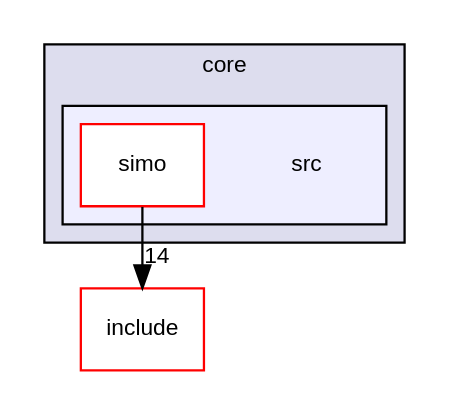
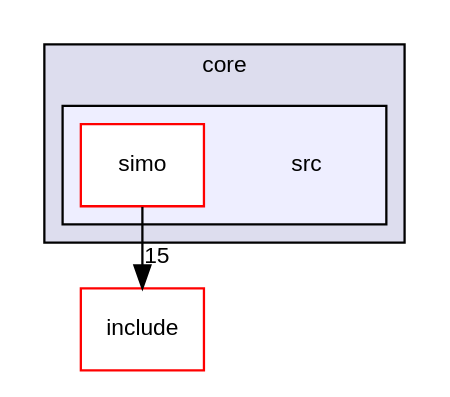
Before and after one commit to Germanvelardez2018/simo.v2: the diagram in docs/dir_90fd98a0ba30abf7a6068a44995d2d6b_dep.dot, drawn with Graphviz. The commit also changed 149 other files, not shown here.

```diff
--- a/docs/dir_90fd98a0ba30abf7a6068a44995d2d6b_dep.dot
+++ b/docs/dir_90fd98a0ba30abf7a6068a44995d2d6b_dep.dot
@@ -1,15 +1,15 @@
 digraph "core/src" {
   compound=true
   node [ fontsize="10", fontname="Helvetica"];
   edge [ labelfontsize="10", labelfontname="Helvetica"];
   subgraph clusterdir_4270bfced15e0e73154b13468c7c9ad9 {
     graph [ bgcolor="#ddddee", pencolor="black", label="core" fontname="Helvetica", fontsize="10", URL="dir_4270bfced15e0e73154b13468c7c9ad9.html"]
   subgraph clusterdir_90fd98a0ba30abf7a6068a44995d2d6b {
     graph [ bgcolor="#eeeeff", pencolor="black", label="" URL="dir_90fd98a0ba30abf7a6068a44995d2d6b.html"];
     dir_90fd98a0ba30abf7a6068a44995d2d6b [shape=plaintext label="src"];
     dir_c4acac0979fb7e09bcb67a660e699ac3 [shape=box label="simo" color="red" fillcolor="white" style="filled" URL="dir_c4acac0979fb7e09bcb67a660e699ac3.html"];
   }
   }
   dir_24d671cfcbc5d5238a6bd565a49d198f [shape=box label="include" fillcolor="white" style="filled" color="red" URL="dir_24d671cfcbc5d5238a6bd565a49d198f.html"];
-  dir_c4acac0979fb7e09bcb67a660e699ac3->dir_24d671cfcbc5d5238a6bd565a49d198f [headlabel="14", labeldistance=1.5 headhref="dir_000009_000001.html"];
+  dir_c4acac0979fb7e09bcb67a660e699ac3->dir_24d671cfcbc5d5238a6bd565a49d198f [headlabel="15", labeldistance=1.5 headhref="dir_000010_000001.html"];
 }
```
